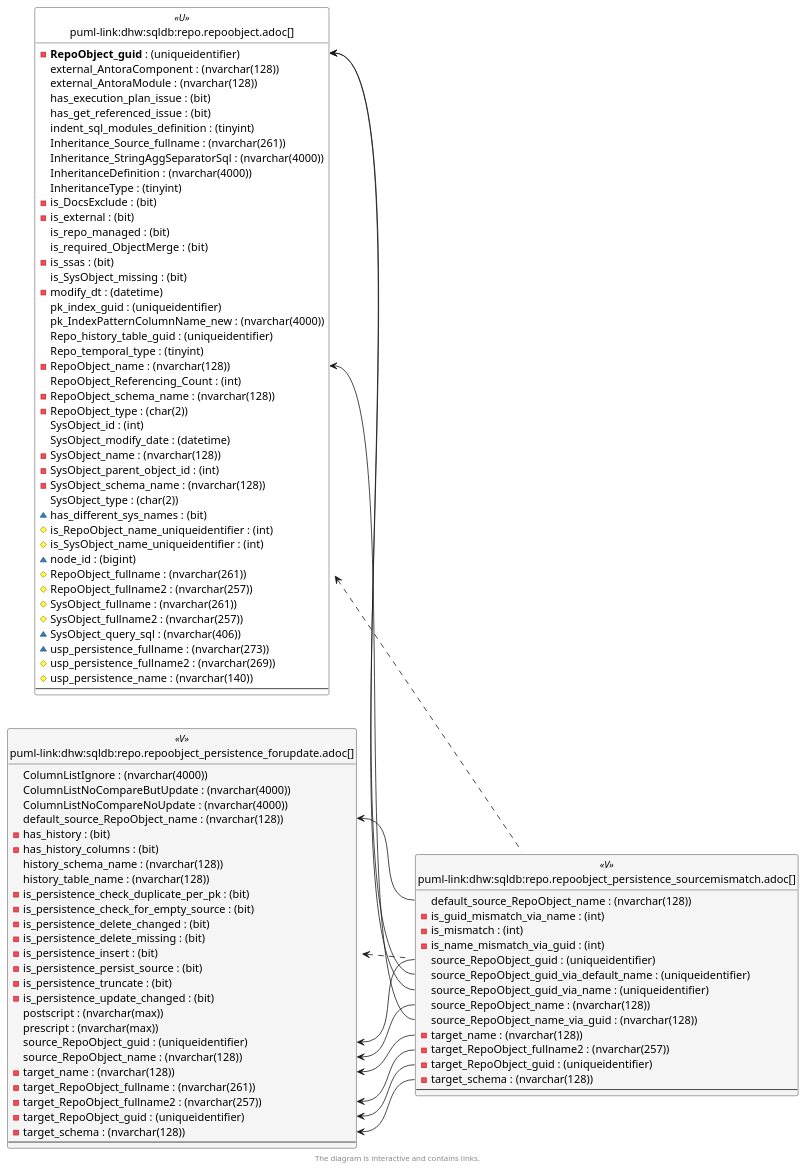
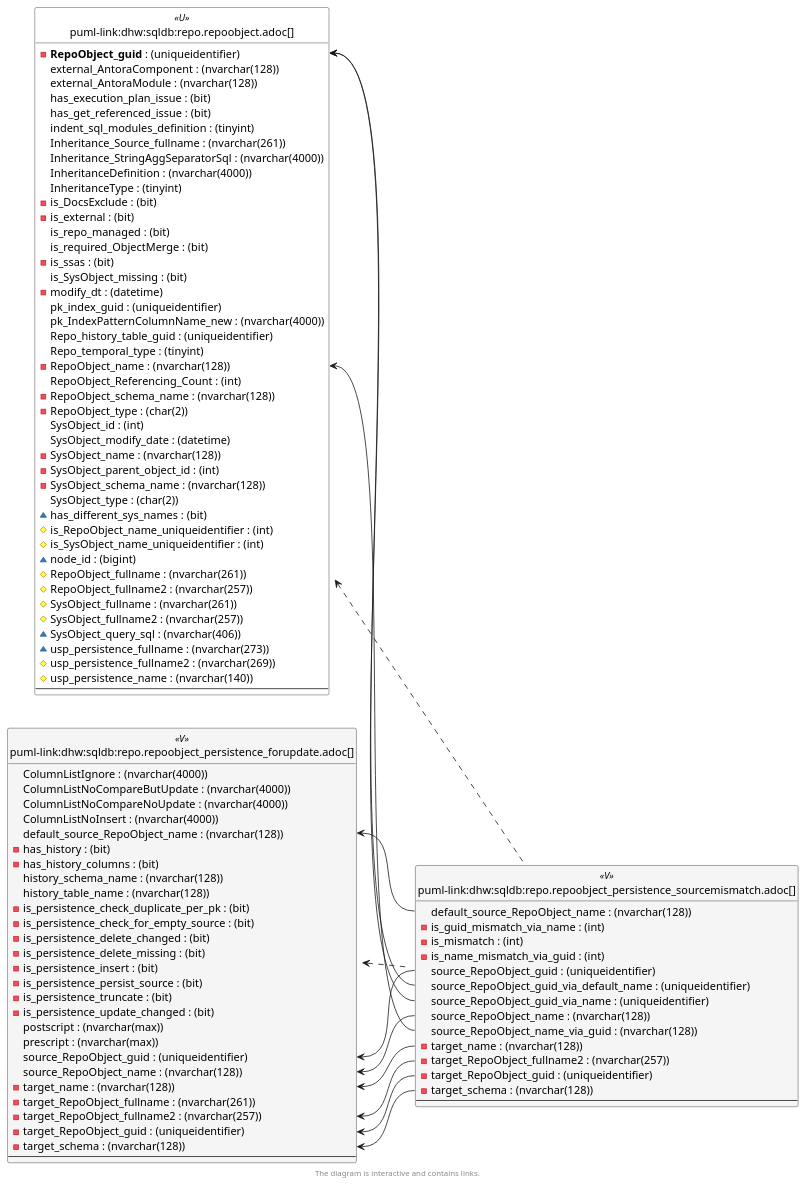
One commit to DataHandwerk/dhw-antora-sqldb changed the sixth of 6 diagrams in docs/modules/sqldb/partials/content/repo.repoobject_persistence_sourcemismatch.adoc. Above: the diagram before and after it, drawn with PlantUML. The commit also changed 701 other files, not shown here.

```diff
--- a/docs/modules/sqldb/partials/content/repo.repoobject_persistence_sourcemismatch.adoc
+++ b/docs/modules/sqldb/partials/content/repo.repoobject_persistence_sourcemismatch.adoc
@@ -1547,6 +1547,7 @@
   ColumnListIgnore : (nvarchar(4000))
   ColumnListNoCompareButUpdate : (nvarchar(4000))
   ColumnListNoCompareNoUpdate : (nvarchar(4000))
+  ColumnListNoInsert : (nvarchar(4000))
   default_source_RepoObject_name : (nvarchar(128))
   - has_history : (bit)
   - has_history_columns : (bit)
@@ -1591,8 +1592,8 @@
 
 repo.RepoObject <.. repo.RepoObject_persistence_SourceMismatch
 repo.RepoObject_persistence_ForUpdate <.. repo.RepoObject_persistence_SourceMismatch
+"repo.RepoObject::RepoObject_guid" <-- "repo.RepoObject_persistence_SourceMismatch::source_RepoObject_guid_via_default_name"
 "repo.RepoObject::RepoObject_guid" <-- "repo.RepoObject_persistence_SourceMismatch::source_RepoObject_guid_via_name"
-"repo.RepoObject::RepoObject_guid" <-- "repo.RepoObject_persistence_SourceMismatch::source_RepoObject_guid_via_default_name"
 "repo.RepoObject::RepoObject_name" <-- "repo.RepoObject_persistence_SourceMismatch::source_RepoObject_name_via_guid"
 "repo.RepoObject_persistence_ForUpdate::default_source_RepoObject_name" <-- "repo.RepoObject_persistence_SourceMismatch::default_source_RepoObject_name"
 "repo.RepoObject_persistence_ForUpdate::source_RepoObject_guid" <-- "repo.RepoObject_persistence_SourceMismatch::source_RepoObject_guid"
```
